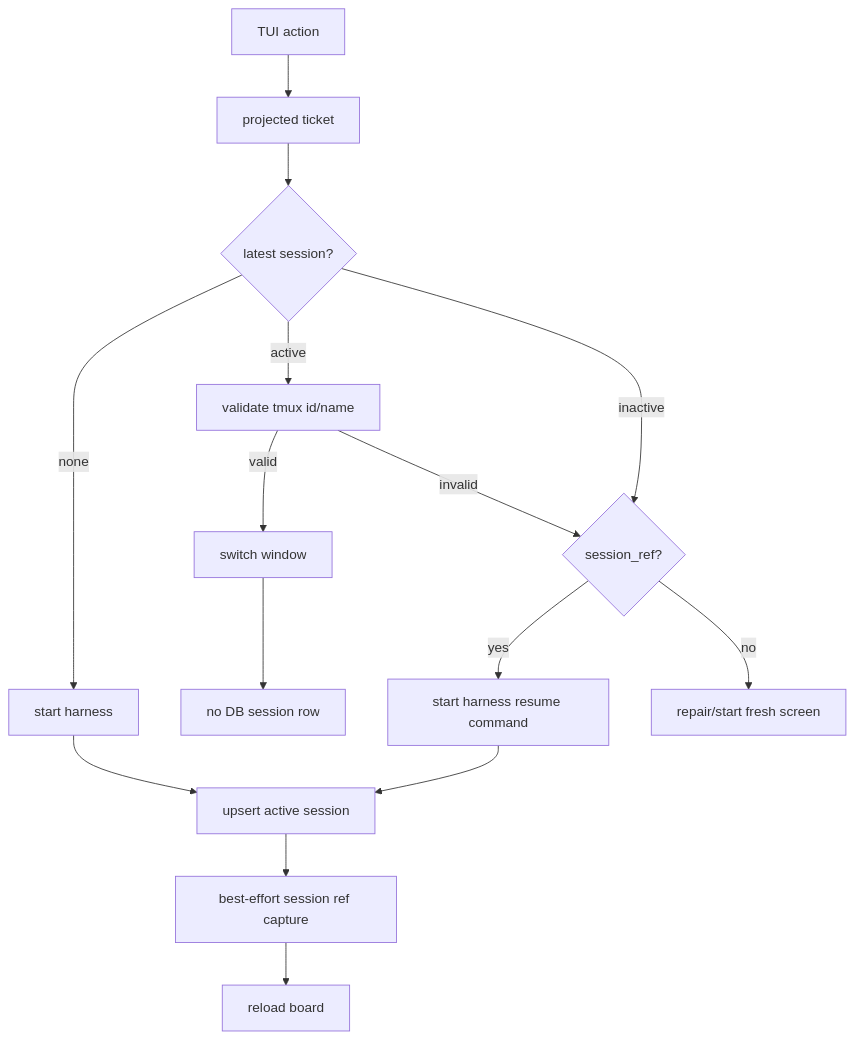
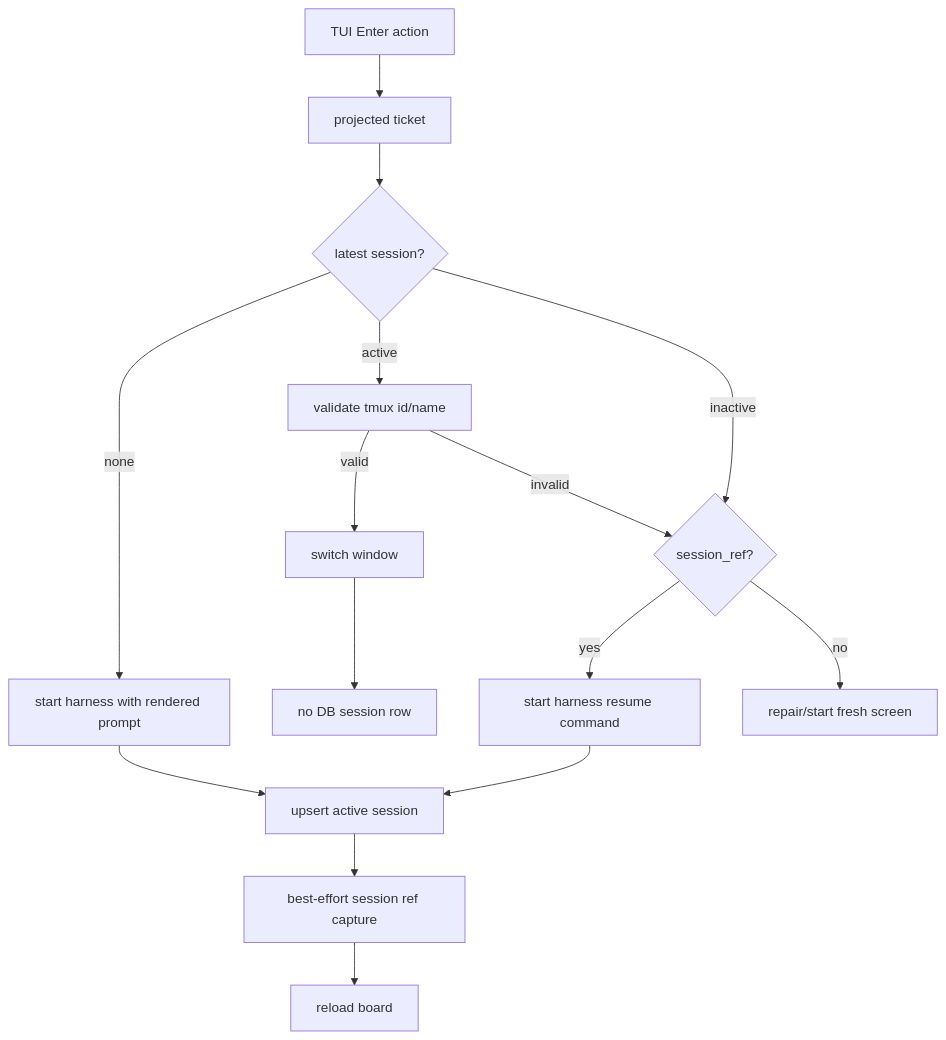
Before and after one commit to carlotran4/kanbi: the second of 2 diagrams in docs/ticket-session-lifecycle.md, drawn with Mermaid. The commit also changed other lines of this file and 5 other files, not shown here.

Commit message:
Remove open-only TUI action

````diff
--- a/docs/ticket-session-lifecycle.md
+++ b/docs/ticket-session-lifecycle.md
@@ -56,17 +54,17 @@
 ```mermaid
 flowchart TD
-    TUI[TUI action] --> Ticket[projected ticket]
+    TUI[TUI Enter action] --> Ticket[projected ticket]
     Ticket --> Decision{latest session?}
-    Decision -- none --> Start[start harness]
+    Decision -- none --> Start[start harness with rendered prompt]
     Decision -- active --> Validate[validate tmux id/name]
     Validate -- valid --> Switch[switch window]
     Validate -- invalid --> Ref{session_ref?}
     Decision -- inactive --> Ref
     Ref -- yes --> Resume[start harness resume command]
     Ref -- no --> Repair[repair/start fresh screen]
     Start --> Upsert[upsert active session]
     Resume --> Upsert
     Switch --> NoWrite[no DB session row]
     Upsert --> CaptureRef[best-effort session ref capture]
     CaptureRef --> Board[reload board]
 ```
````
